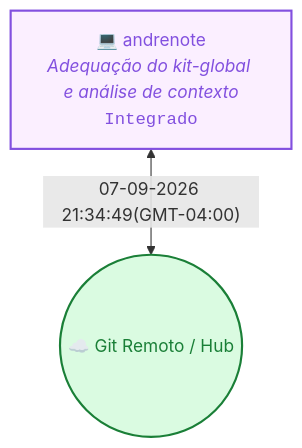
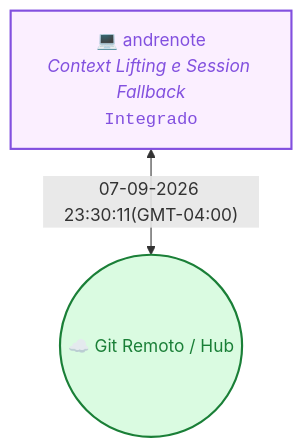
Before and after one commit to vitalia-platform/vitalia-sdd-context: the diagram in README.md, drawn with Mermaid. The commit also changed other lines of this file and 10 other files, not shown here.

````diff
--- a/README.md
+++ b/README.md
@@ -20,8 +20,8 @@
 ```mermaid
 flowchart TD
   Cloud(("☁️ Git Remoto / Hub"))
-  M_7f367bd3["💻 andrenote<br/><i>Adequação do kit-global e análise de contexto</i><br/><code>Integrado</code>"]
-  M_7f367bd3 <-->|"07-09-2026 21:34:49(GMT-04:00)"| Cloud
+  M_7f367bd3["💻 andrenote<br/><i>Context Lifting e Session Fallback</i><br/><code>Integrado</code>"]
+  M_7f367bd3 <-->|"07-09-2026 23:30:11(GMT-04:00)"| Cloud
   style M_7f367bd3 stroke:#8250df,stroke-width:2px,fill:#fbefff,color:#8250df
   style Cloud stroke:#1a7f37,stroke-width:2px,fill:#dafbe1,color:#1a7f37
 ```
````
